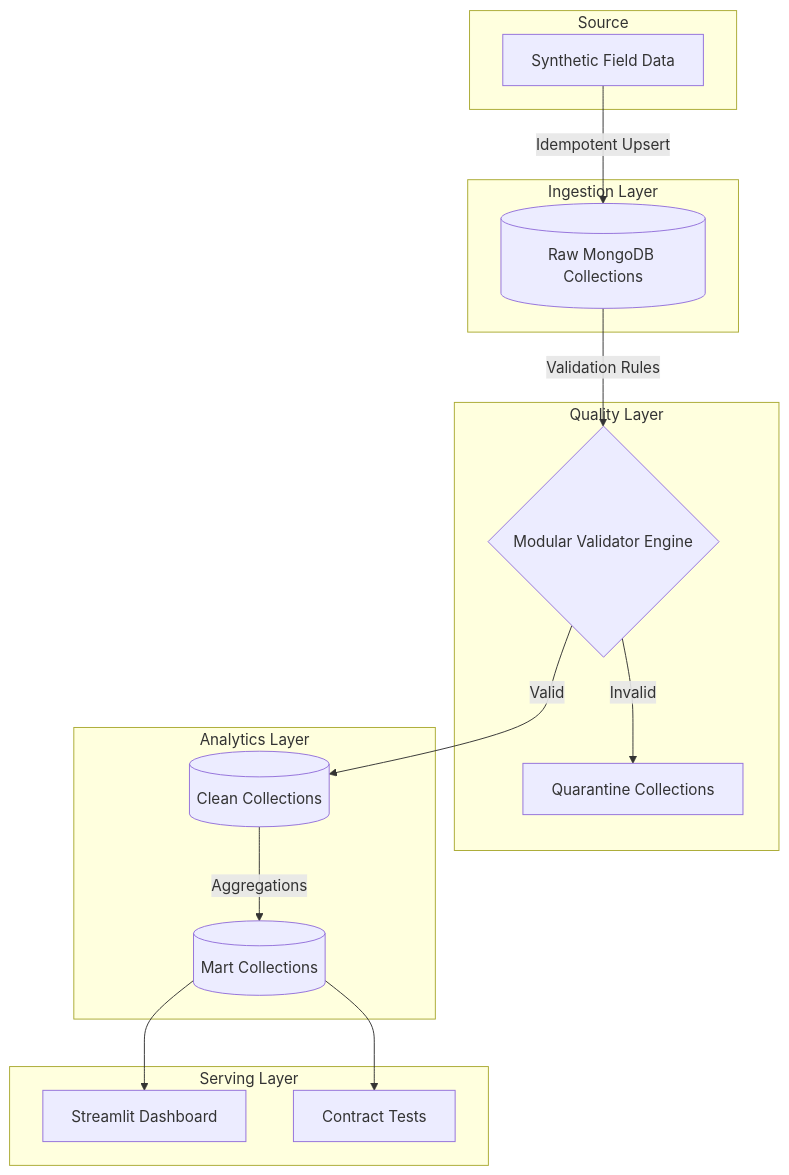
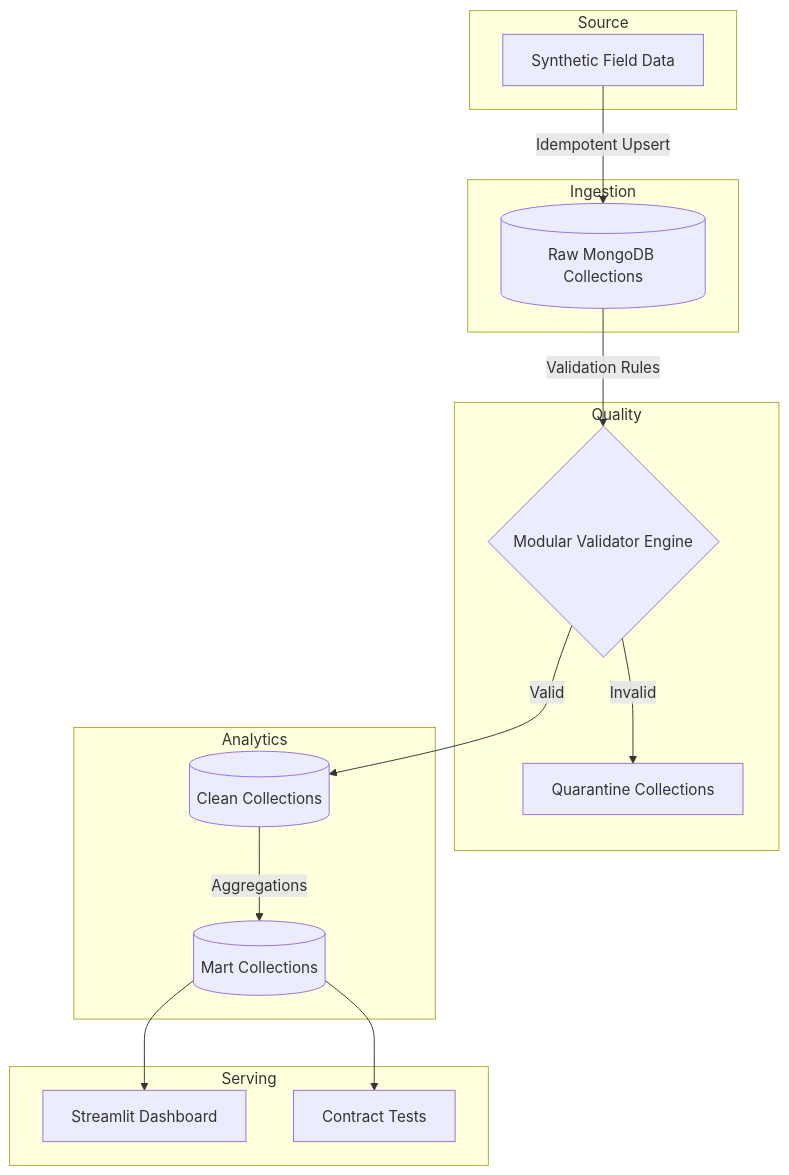
The diagram in README.md (2mdipro7/tanzania-education-pipeline), drawn with Mermaid before and after one commit. The commit also changed other lines of this file, not shown here.

Commit message:
docs: replace markdown badge with HTML target blank CTA and fix mermaid syntax and em-dashes

````diff
--- a/README.md
+++ b/README.md
@@ -32,33 +32,33 @@
 ```mermaid
 flowchart TD
     subgraph Source
         A[Synthetic Field Data]
     end
     
-    subgraph Ingestion Layer
+    subgraph Ingestion
         B[(Raw MongoDB Collections)]
     end
     
-    subgraph Quality Layer
+    subgraph Quality
         C{Modular Validator Engine}
         D[Quarantine Collections]
     end
     
-    subgraph Analytics Layer
+    subgraph Analytics
         E[(Clean Collections)]
         F[(Mart Collections)]
     end
     
-    subgraph Serving Layer
+    subgraph Serving
         G[Streamlit Dashboard]
         H[Contract Tests]
     end
 
     A -->|Idempotent Upsert| B
     B -->|Validation Rules| C
     C -->|Invalid| D
     C -->|Valid| E
     E -->|Aggregations| F
     F --> G
     F --> H
 ```
````
